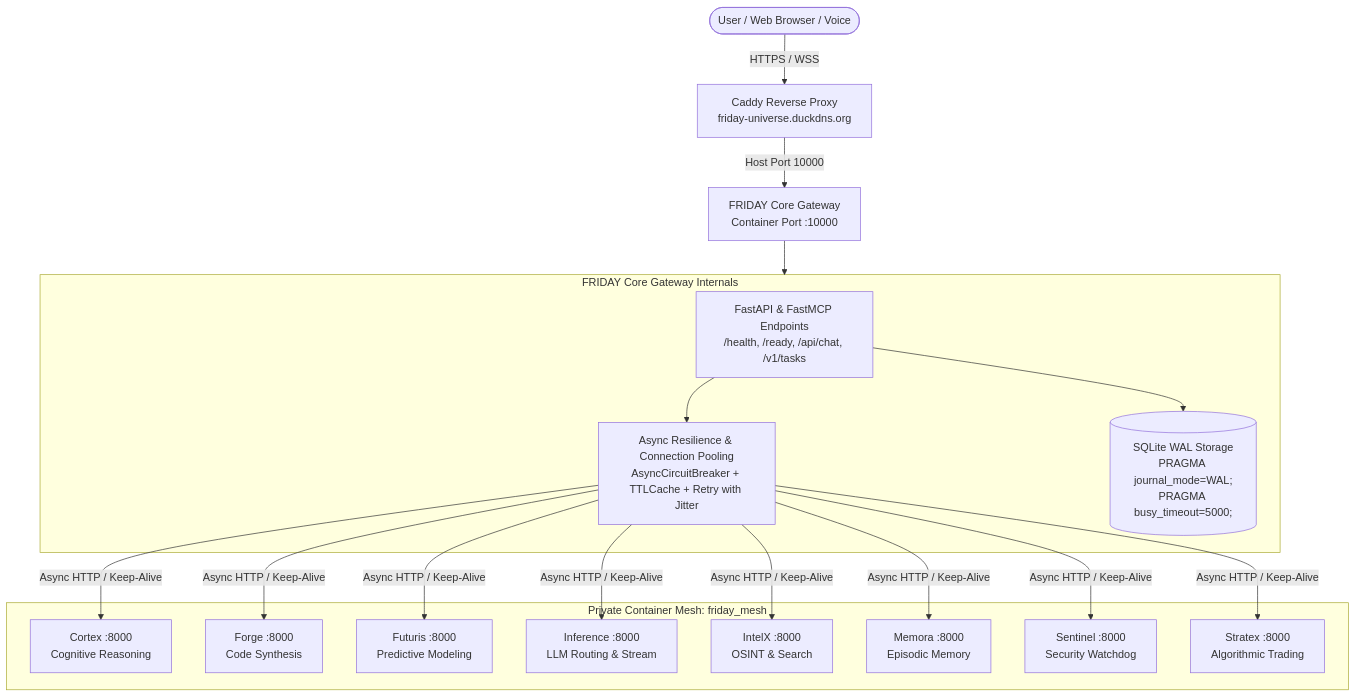
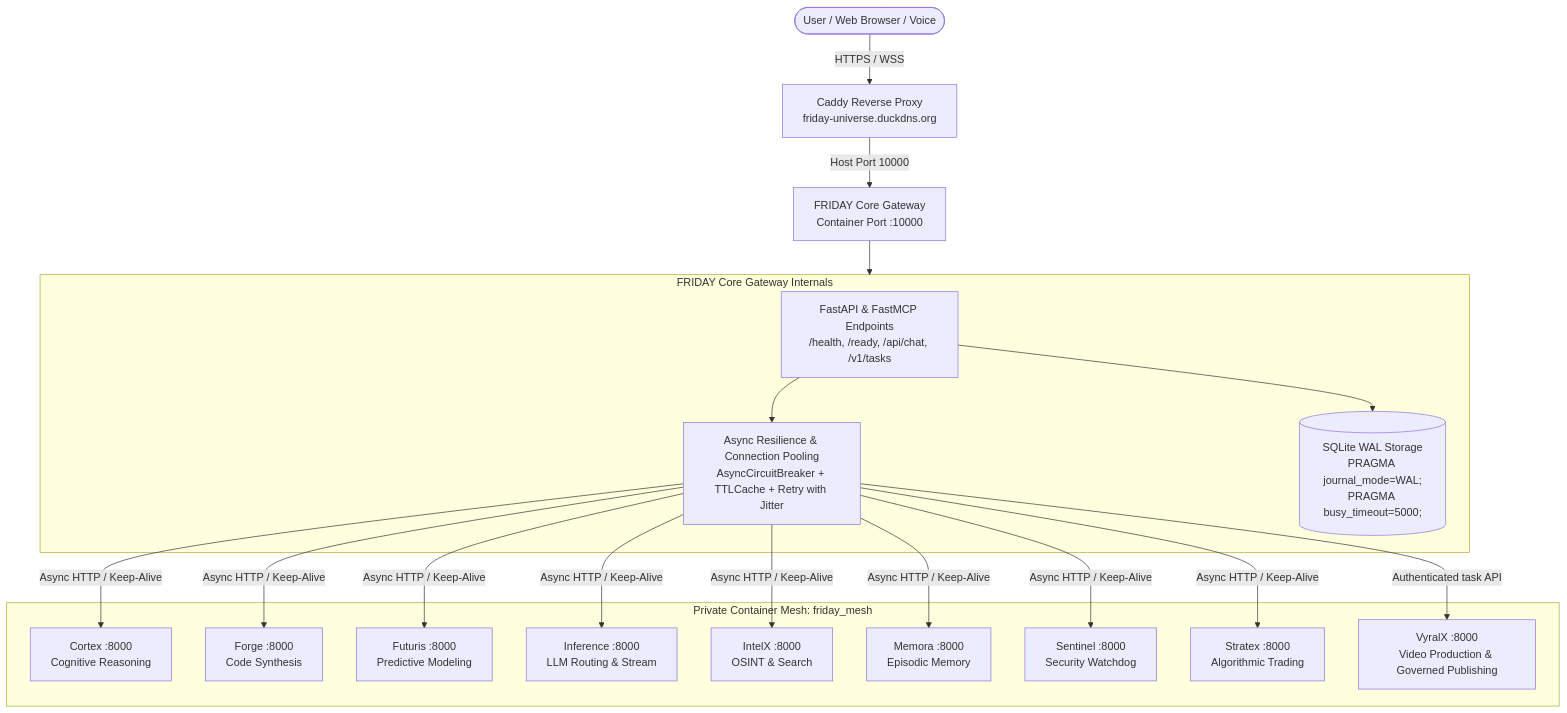
One commit to surendra2304/FRIDAY changed the diagram in README.md. Above: the diagram before and after it, drawn with Mermaid. The commit also changed other lines of this file, not shown here.

````diff
--- a/README.md
+++ b/README.md
@@ -36,35 +48,37 @@
 ```mermaid
 flowchart TD
     User([User / Web Browser / Voice]) -->|HTTPS / WSS| Caddy[Caddy Reverse Proxy\nfriday-universe.duckdns.org]
     Caddy -->|Host Port 10000| Core[FRIDAY Core Gateway\nContainer Port :10000]
 
     subgraph CoreEngine [FRIDAY Core Gateway Internals]
         API[FastAPI & FastMCP Endpoints\n/health, /ready, /api/chat, /v1/tasks]
         Resilience[Async Resilience & Connection Pooling\nAsyncCircuitBreaker + TTLCache + Retry with Jitter]
         DB[(SQLite WAL Storage\nPRAGMA journal_mode=WAL;\nPRAGMA busy_timeout=5000;)]
         API --> Resilience
         API --> DB
     end
 
     Core --> CoreEngine
 
     subgraph DockerMesh [Private Container Mesh: friday_mesh]
         Cortex[Cortex :8000\nCognitive Reasoning]
         Forge[Forge :8000\nCode Synthesis]
         Futuris[Futuris :8000\nPredictive Modeling]
         Inference[Inference :8000\nLLM Routing & Stream]
         IntelX[IntelX :8000\nOSINT & Search]
         Memora[Memora :8000\nEpisodic Memory]
         Sentinel[Sentinel :8000\nSecurity Watchdog]
         Stratex[Stratex :8000\nAlgorithmic Trading]
+        VyralX[VyralX :8000\nVideo Production & Governed Publishing]
     end
 
     Resilience -->|Async HTTP / Keep-Alive| Cortex
     Resilience -->|Async HTTP / Keep-Alive| Forge
     Resilience -->|Async HTTP / Keep-Alive| Futuris
     Resilience -->|Async HTTP / Keep-Alive| Inference
     Resilience -->|Async HTTP / Keep-Alive| IntelX
     Resilience -->|Async HTTP / Keep-Alive| Memora
     Resilience -->|Async HTTP / Keep-Alive| Sentinel
     Resilience -->|Async HTTP / Keep-Alive| Stratex
+    Resilience -->|Authenticated task API| VyralX
 ```
````
